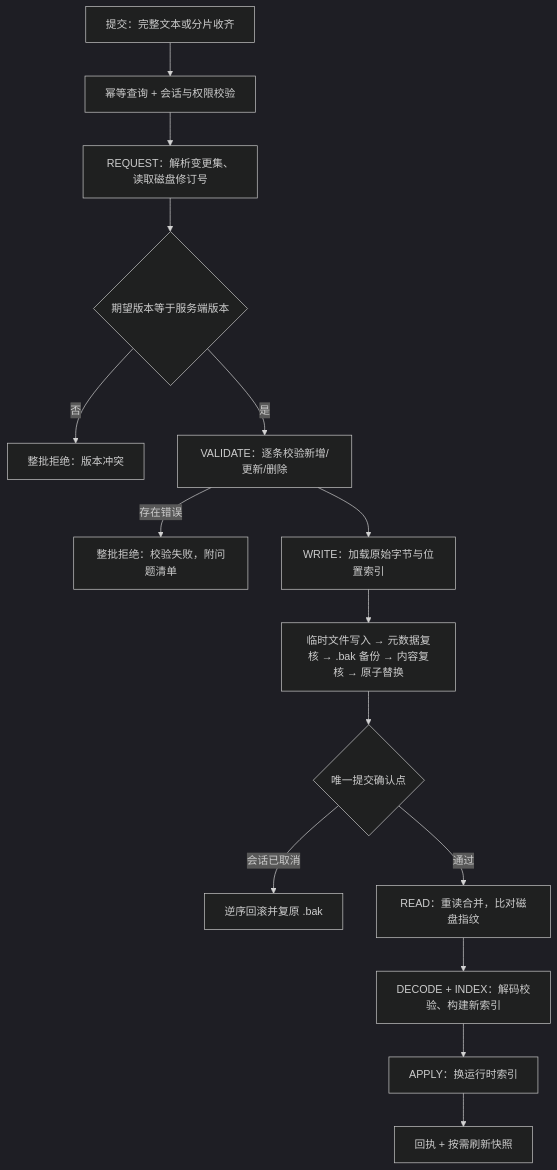
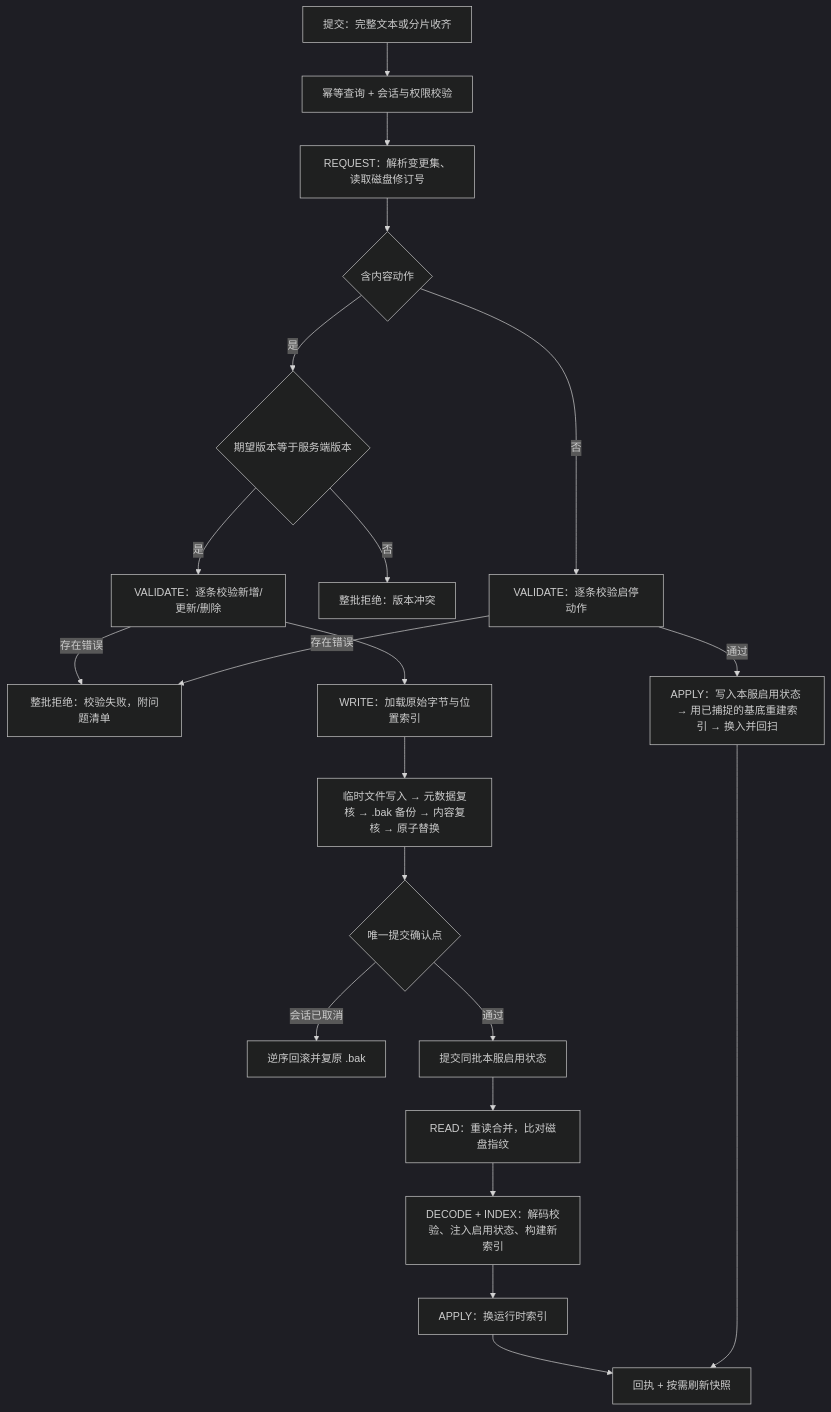
Before and after one commit to meteoritel/item-despawn-to-what: the third of 3 diagrams in docs/modules/authoring.md, drawn with Mermaid (dark theme). The commit also changed other lines of this file and 20 other files, not shown here.

````diff
--- a/docs/modules/authoring.md
+++ b/docs/modules/authoring.md
@@ -132,17 +138,23 @@
 ```mermaid
 flowchart TB
     A["提交：完整文本或分片收齐"] --> B["幂等查询 + 会话与权限校验"]
     B --> C["REQUEST：解析变更集、读取磁盘修订号"]
-    C --> D{"期望版本等于服务端版本"}
+    C --> Q{"含内容动作"}
+    Q -->|"否"| V2["VALIDATE：逐条校验启停动作"]
+    Q -->|"是"| D{"期望版本等于服务端版本"}
     D -->|"否"| R1["整批拒绝：版本冲突"]
     D -->|"是"| E["VALIDATE：逐条校验新增/更新/删除"]
     E -->|"存在错误"| R2["整批拒绝：校验失败，附问题清单"]
+    V2 -->|"存在错误"| R2
+    V2 -->|"通过"| S0["APPLY：写入本服启用状态 → 用已捕捉的基底重建索引 → 换入并回扫"]
     E --> F["WRITE：加载原始字节与位置索引"]
     F --> G["临时文件写入 → 元数据复核 → .bak 备份 → 内容复核 → 原子替换"]
     G --> H{"唯一提交确认点"}
     H -->|"会话已取消"| RB["逆序回滚并复原 .bak"]
-    H -->|"通过"| I["READ：重读合并，比对磁盘指纹"]
-    I --> J["DECODE + INDEX：解码校验、构建新索引"]
+    H -->|"通过"| S1["提交同批本服启用状态"]
+    S1 --> I["READ：重读合并，比对磁盘指纹"]
+    I --> J["DECODE + INDEX：解码校验、注入启用状态、构建新索引"]
     J --> K["APPLY：换运行时索引"]
     K --> L["回执 + 按需刷新快照"]
+    S0 --> L
 ```
````
